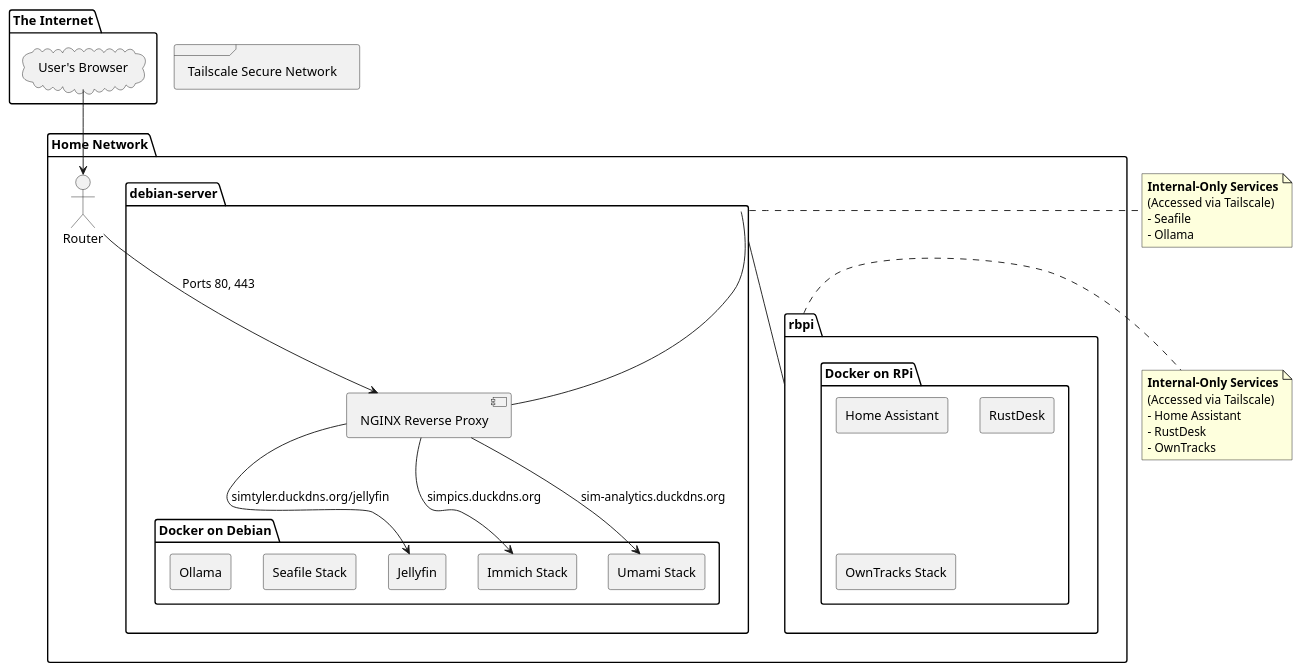
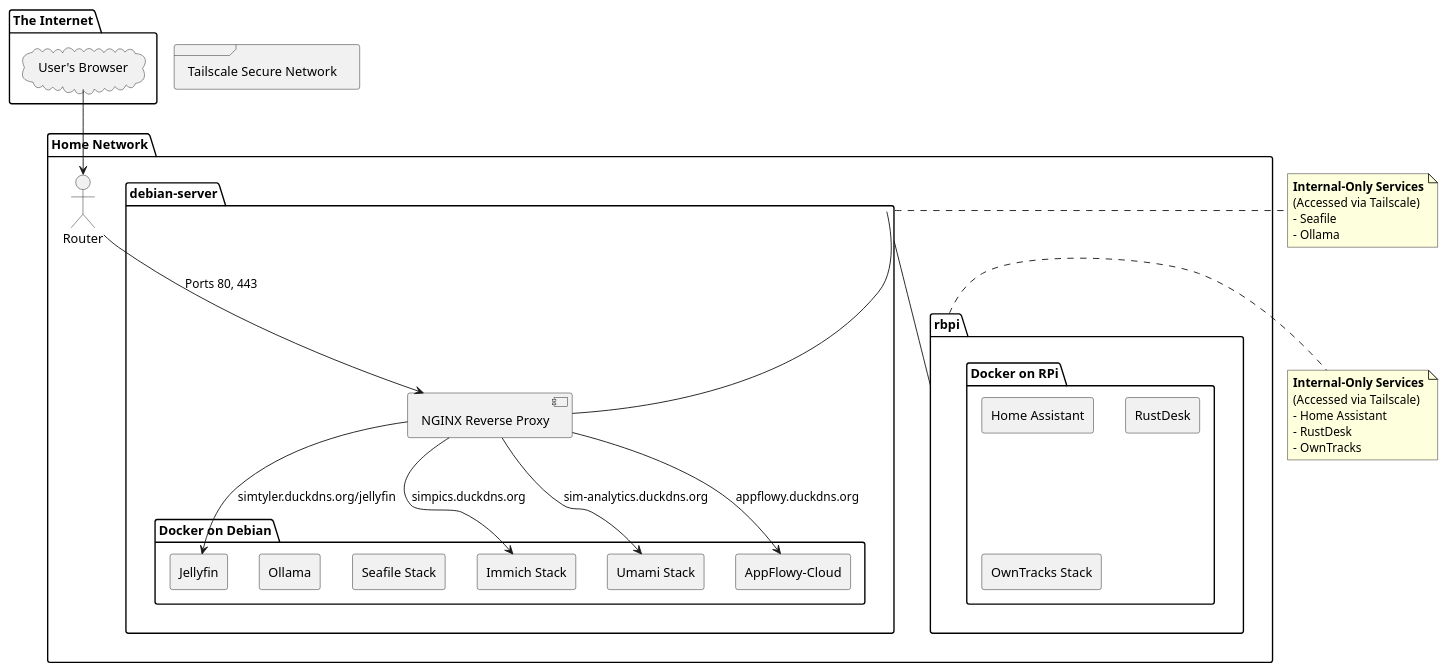
One commit to SimHoZebs/home-server changed the diagram in home_server_architecture.md. Above: the diagram before and after it, drawn with PlantUML. The commit also changed other lines of this file and 2 other files, not shown here.

```diff
--- a/home_server_architecture.md
+++ b/home_server_architecture.md
@@ -8,57 +10,59 @@
 @startuml
 
 package "The Internet" {
   cloud "User's Browser" as User
 }
 
 package "Home Network" {
     actor Router
     package "debian-server" as DebianServer {
         component "NGINX Reverse Proxy" as NGINX
         DebianServer -- NGINX
         package "Docker on Debian" {
             rectangle "Jellyfin" as Jellyfin
             rectangle "Immich Stack" as Immich
             rectangle "Umami Stack" as Umami
             rectangle "Seafile Stack" as Seafile
             rectangle "Ollama" as Ollama
+            rectangle "AppFlowy-Cloud" as AppFlowy
         }
     }
 
     package "rbpi" as RPi {
         package "Docker on RPi" {
             rectangle "Home Assistant" as HA
             rectangle "RustDesk"
             rectangle "OwnTracks Stack" as OwnTracks
         }
     }
 }
 
 frame "Tailscale Secure Network" {
     DebianServer -- RPi
 }
 
 
 User --> Router
 Router --> NGINX : Ports 80, 443
 
 NGINX --> Jellyfin : simtyler.duckdns.org/jellyfin
 NGINX --> Immich : simpics.duckdns.org
 NGINX --> Umami : sim-analytics.duckdns.org
+NGINX --> AppFlowy : appflowy.duckdns.org
 
 note right of DebianServer
   **Internal-Only Services**
   (Accessed via Tailscale)
   - Seafile
   - Ollama
 end note
 
 note right of RPi
   **Internal-Only Services**
   (Accessed via Tailscale)
   - Home Assistant
   - RustDesk
   - OwnTracks
 end note
 
 @enduml
```
